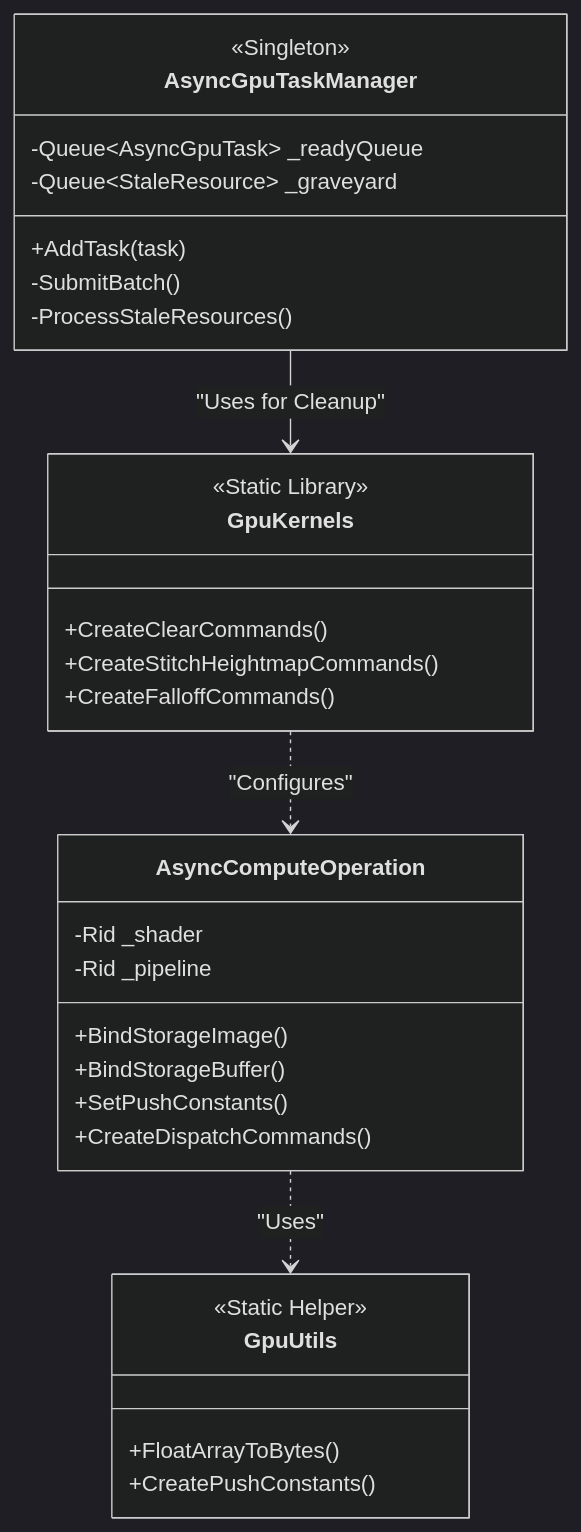
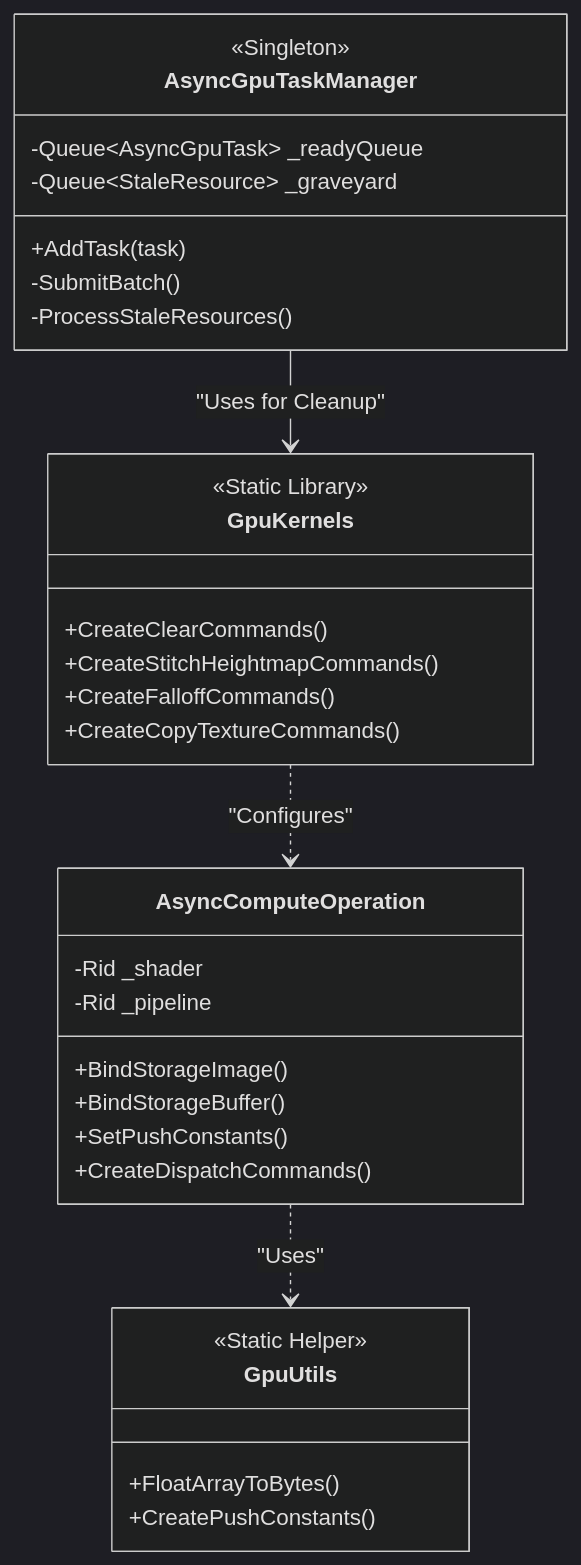
Before and after one commit to OldGnuts/Terrain3D_Layer_Tool: the fifth of 5 diagrams in UML_ARCHITECTURE.md, drawn with Mermaid (dark theme). The commit also changed other lines of this file, not shown here.

````diff
--- a/UML_ARCHITECTURE.md
+++ b/UML_ARCHITECTURE.md
@@ -279,38 +316,39 @@
 ```mermaid
 classDiagram
     class AsyncGpuTaskManager {
         <<Singleton>>
         -Queue~AsyncGpuTask~ _readyQueue
         -Queue~StaleResource~ _graveyard
         +AddTask(task)
         -SubmitBatch()
         -ProcessStaleResources()
     }
 
     class GpuKernels {
         <<Static Library>>
         +CreateClearCommands()
         +CreateStitchHeightmapCommands()
         +CreateFalloffCommands()
+        +CreateCopyTextureCommands()
     }
 
     class AsyncComputeOperation {
         -Rid _shader
         -Rid _pipeline
         +BindStorageImage()
         +BindStorageBuffer()
         +SetPushConstants()
         +CreateDispatchCommands()
     }
 
     class GpuUtils {
         <<Static Helper>>
         +FloatArrayToBytes()
         +CreatePushConstants()
     }
 
     %% --- Relationships ---
     AsyncGpuTaskManager --> GpuKernels : "Uses for Cleanup"
     GpuKernels ..> AsyncComputeOperation : "Configures"
     AsyncComputeOperation ..> GpuUtils : "Uses"
 ```
````
